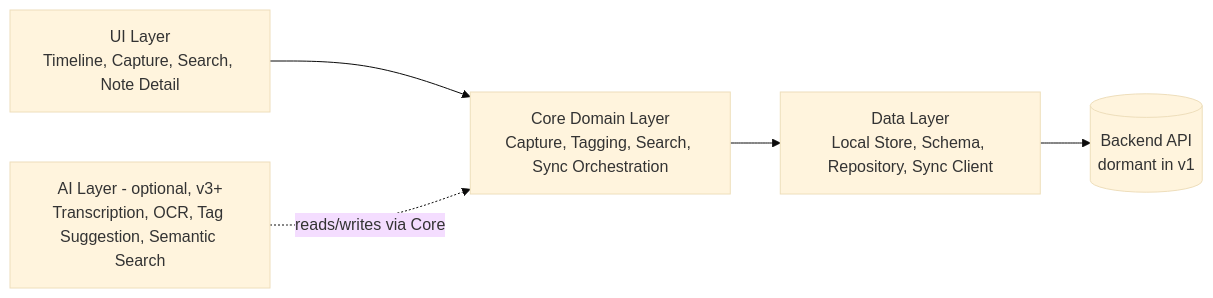
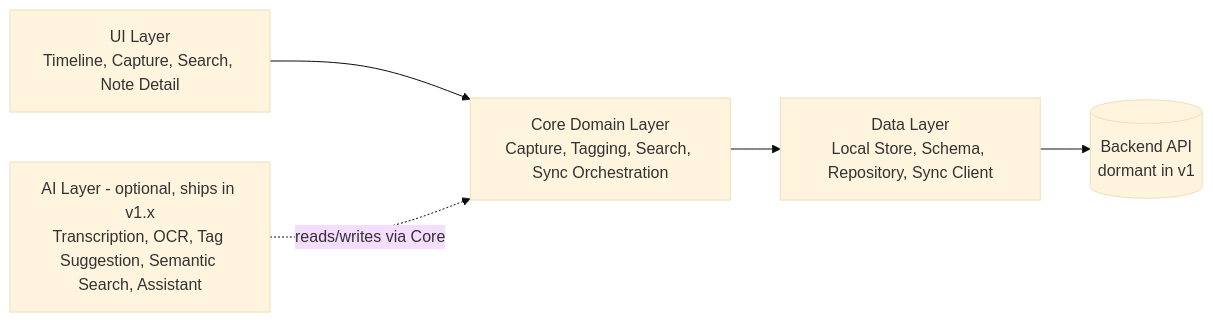
The second of 5 diagrams in docs/04-architecture.md (sanyzrn/DbsNex), drawn with Mermaid (base theme) before and after one commit. The commit also changed other lines of this file and 9 other files, not shown here.

````diff
--- a/docs/04-architecture.md
+++ b/docs/04-architecture.md
@@ -51,9 +51,9 @@
 ```mermaid
 flowchart LR
     UI[UI Layer<br/>Timeline, Capture, Search, Note Detail] --> Core
     Core[Core Domain Layer<br/>Capture, Tagging, Search, Sync Orchestration] --> Data
     Data[Data Layer<br/>Local Store, Schema, Repository, Sync Client] --> Backend
     Backend[(Backend API<br/>dormant in v1)]
 
-    AI[AI Layer - optional, v3+<br/>Transcription, OCR, Tag Suggestion, Semantic Search] -. reads/writes via Core .-> Core
+    AI[AI Layer - optional, ships in v1.x<br/>Transcription, OCR, Tag Suggestion, Semantic Search, Assistant] -. reads/writes via Core .-> Core
 ```
````
